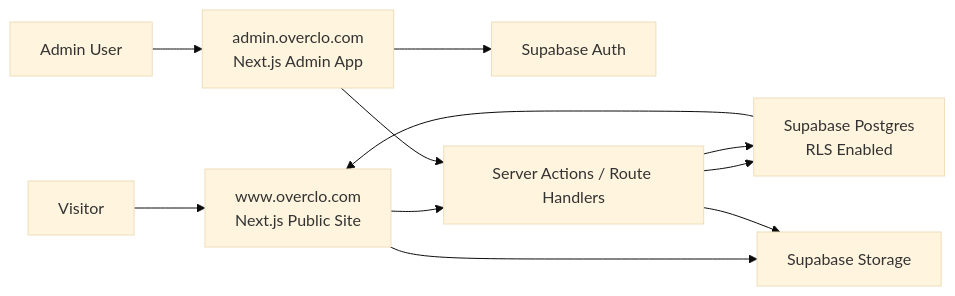
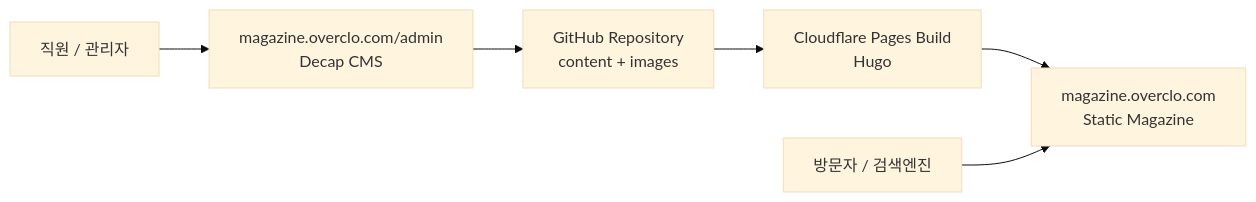
One commit to jyng033/overclo changed the diagram in docs/MAGAZINE_PLATFORM_PLAN.md. Above: the diagram before and after it, drawn with Mermaid (base theme). The commit also changed other lines of this file and 15 other files, not shown here.

Commit message:
Add Hugo magazine foundation

````diff
--- a/docs/MAGAZINE_PLATFORM_PLAN.md
+++ b/docs/MAGAZINE_PLATFORM_PLAN.md
@@ -78,26 +75,15 @@
 ```mermaid
 flowchart LR
-  Visitor["Visitor"]
-  Admin["Admin User"]
+  Staff["직원 / 관리자"]
+  Admin["magazine.overclo.com/admin<br/>Decap CMS"]
+  GitHub["GitHub Repository<br/>content + images"]
+  Build["Cloudflare Pages Build<br/>Hugo"]
+  Public["magazine.overclo.com<br/>Static Magazine"]
+  Visitor["방문자 / 검색엔진"]
 
-  Web["www.overclo.com<br/>Next.js Public Site"]
-  AdminApp["admin.overclo.com<br/>Next.js Admin App"]
-
-  Auth["Supabase Auth"]
-  DB["Supabase Postgres<br/>RLS Enabled"]
-  Storage["Supabase Storage"]
-  Edge["Server Actions / Route Handlers"]
-
-  Visitor --> Web
-  Web --> Edge
-  Web --> Storage
-  Edge --> DB
-
-  Admin --> AdminApp
-  AdminApp --> Auth
-  AdminApp --> Edge
-  Edge --> DB
-  Edge --> Storage
-
-  DB --> Web
+  Staff --> Admin
+  Admin --> GitHub
+  GitHub --> Build
+  Build --> Public
+  Visitor --> Public
 ```
````
